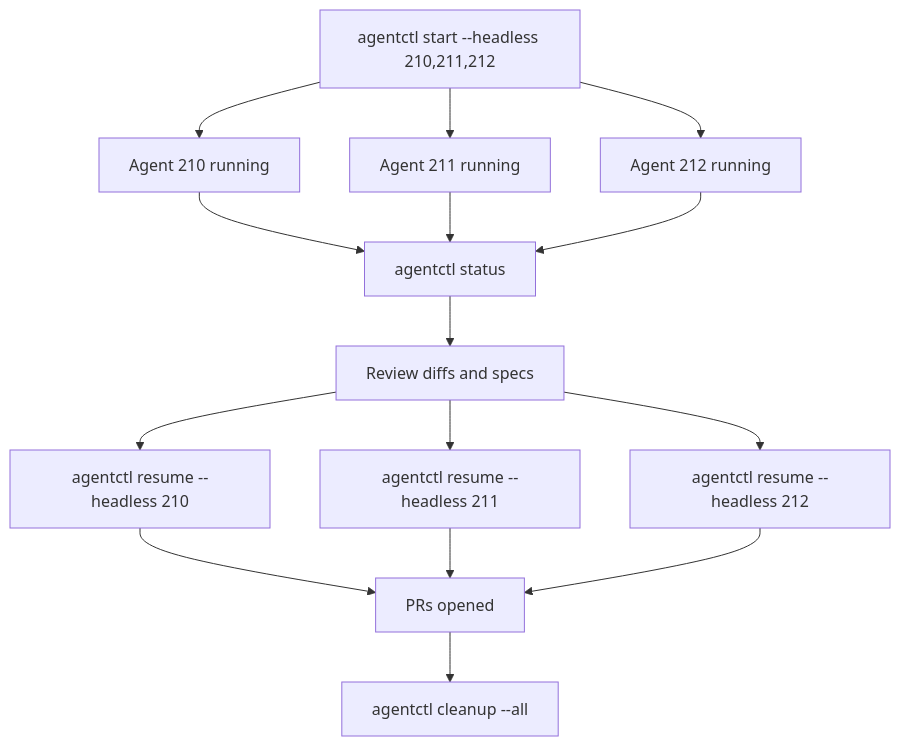
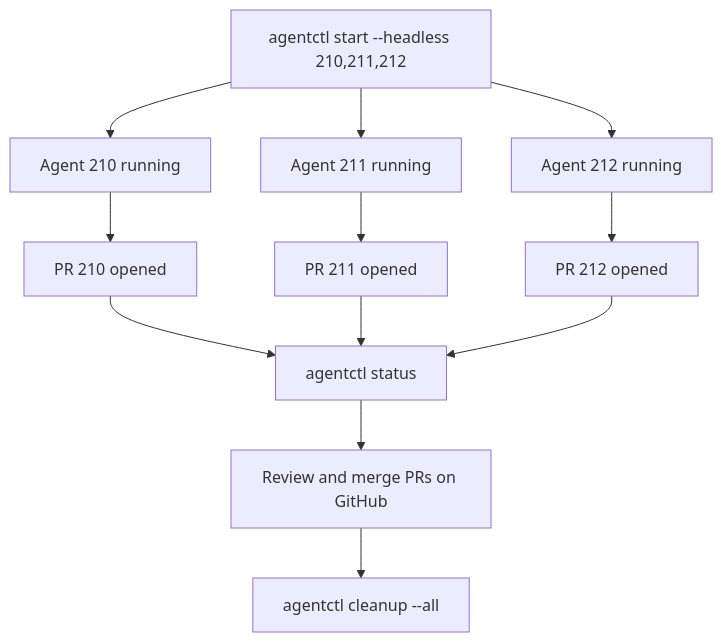
One commit to arun-gupta/agentctl changed the third of 4 diagrams in docs/cli.md. Above: the diagram before and after it, drawn with Mermaid.

Commit message:
docs: fix batch headless diagram — agents open PRs directly, no resume step

````diff
--- a/docs/cli.md
+++ b/docs/cli.md
@@ -111,13 +111,12 @@
 ```mermaid
 flowchart TD
     A[agentctl start --headless 210,211,212] --> B1[Agent 210 running]
     A --> B2[Agent 211 running]
     A --> B3[Agent 212 running]
-    B1 & B2 & B3 --> C[agentctl status]
-    C --> D[Review diffs and specs]
-    D --> E1[agentctl resume --headless 210]
-    D --> E2[agentctl resume --headless 211]
-    D --> E3[agentctl resume --headless 212]
-    E1 & E2 & E3 --> F[PRs opened]
-    F --> G[agentctl cleanup --all]
+    B1 --> C1[PR 210 opened]
+    B2 --> C2[PR 211 opened]
+    B3 --> C3[PR 212 opened]
+    C1 & C2 & C3 --> D[agentctl status]
+    D --> E[Review and merge PRs on GitHub]
+    E --> F[agentctl cleanup --all]
 ```
````
